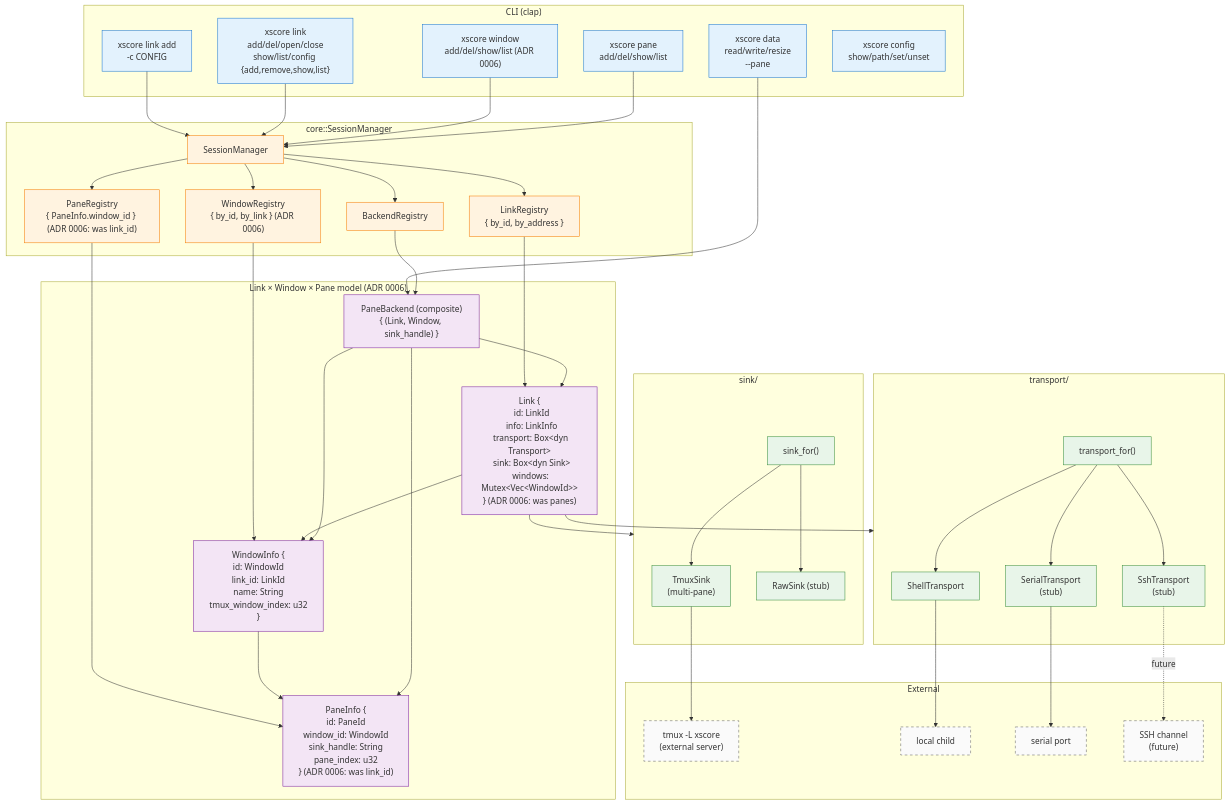
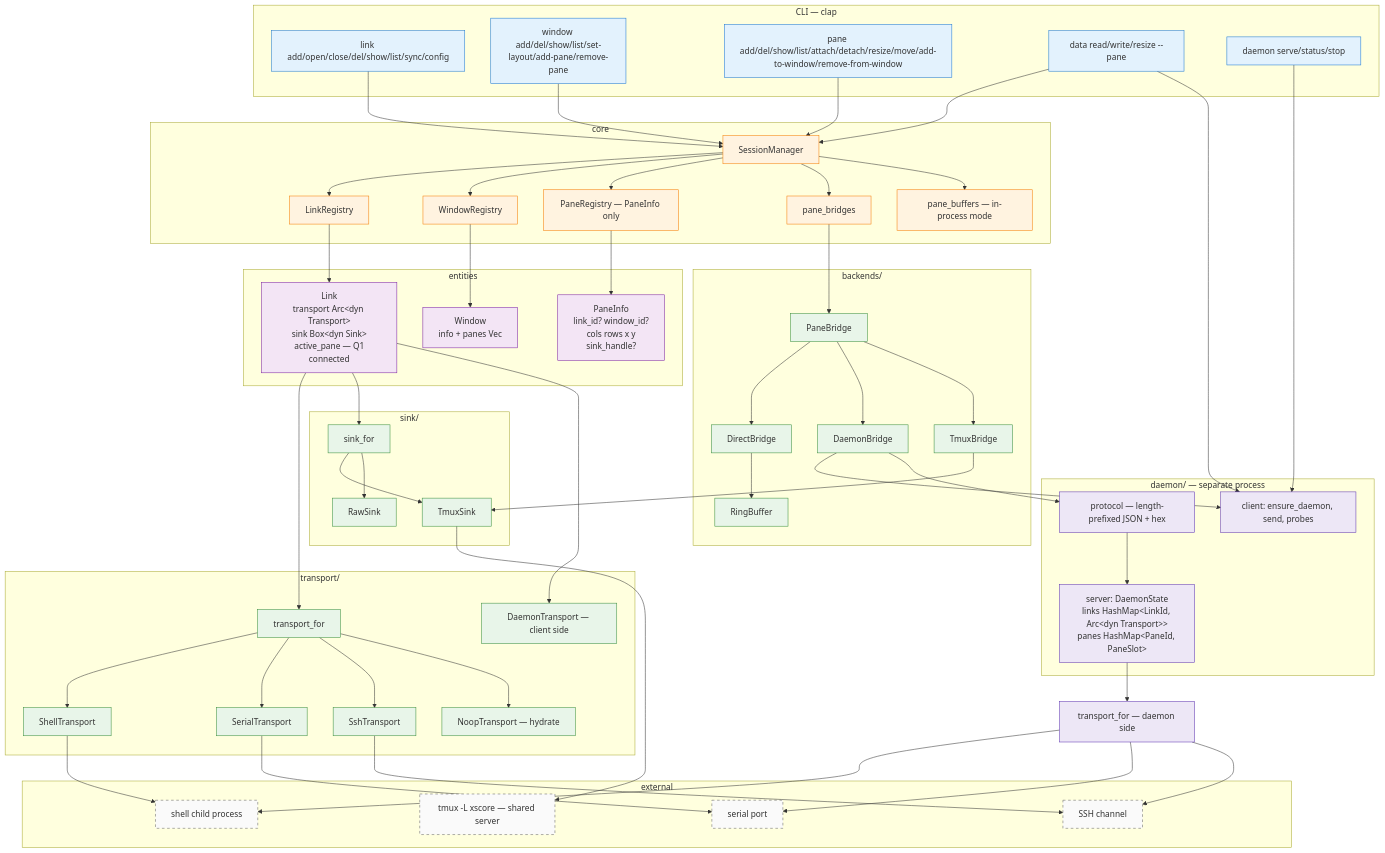
One commit to xiaoshan1234/xscore changed the first of 4 diagrams in doc/dev/arch/arch.md. Above: the diagram before and after it, drawn with Mermaid. The commit also changed other lines of this file, not shown here.

Commit message:
docs: update architecture documentation for clarity and structure

````diff
--- a/doc/dev/arch/arch.md
+++ b/doc/dev/arch/arch.md
@@ -14,90 +123,120 @@
 ```mermaid
 graph TB
-    subgraph CLI ["CLI (clap)"]
-        Connect["xscore link add<br/>-c CONFIG"]
-        LinkCmd["xscore link<br/>add/del/open/close<br/>show/list/config {add,remove,show,list}"]
-        WindowCmd["xscore window<br/>add/del/show/list (ADR 0006)"]
-        PaneCmd["xscore pane<br/>add/del/show/list"]
-        DataCmd["xscore data<br/>read/write/resize<br/>--pane"]
-        ConfigCmd["xscore config<br/>show/path/set/unset"]
+    subgraph CLIP["CLI — clap"]
+        LK["link add/open/close/del/show/list/sync/config"]
+        WN["window add/del/show/list/set-layout/add-pane/remove-pane"]
+        PN["pane add/del/show/list/attach/detach/resize/move/add-to-window/remove-from-window"]
+        DT["data read/write/resize --pane"]
+        DM["daemon serve/status/stop"]
     end
 
-    subgraph Core ["core::SessionManager"]
+    subgraph CORE["core"]
         SM["SessionManager"]
-        LR["LinkRegistry<br/>{ by_id, by_address }"]
-        WR["WindowRegistry<br/>{ by_id, by_link } (ADR 0006)"]
-        PR["PaneRegistry<br/>{ PaneInfo.window_id } (ADR 0006: was link_id)"]
-        BR["BackendRegistry"]
+        LR["LinkRegistry"]
+        WR["WindowRegistry"]
+        PR["PaneRegistry — PaneInfo only"]
+        BR["pane_bridges"]
+        BU["pane_buffers — in-process mode"]
     end
 
-    subgraph LinkModel ["Link × Window × Pane model (ADR 0006)"]
-        Link["Link {<br/>  id: LinkId<br/>  info: LinkInfo<br/>  transport: Box&lt;dyn Transport&gt;<br/>  sink: Box&lt;dyn Sink&gt;<br/>  windows: Mutex&lt;Vec&lt;WindowId&gt;&gt;<br/>} (ADR 0006: was panes)"]
-        Window["WindowInfo {<br/>  id: WindowId<br/>  link_id: LinkId<br/>  name: String<br/>  tmux_window_index: u32<br/>}"]
-        Pane["PaneInfo {<br/>  id: PaneId<br/>  window_id: WindowId<br/>  sink_handle: String<br/>  pane_index: u32<br/>} (ADR 0006: was link_id)"]
-        PB["PaneBackend (composite)<br/>{ (Link, Window, sink_handle) }"]
+    subgraph ENT["entities"]
+        L["Link<br/>transport Arc&lt;dyn Transport&gt;<br/>sink Box&lt;dyn Sink&gt;<br/>active_pane — Q1<br/>connected"]
+        W["Window<br/>info + panes Vec"]
+        P["PaneInfo<br/>link_id? window_id?<br/>cols rows x y<br/>sink_handle?"]
     end
 
-    subgraph TransportLayer ["transport/"]
-        TS["ShellTransport"]
-        TT["SerialTransport<br/>(stub)"]
-        TU["SshTransport<br/>(stub)"]
-        TIF["transport_for()"]
+    subgraph BRIDGES["backends/"]
+        PB["PaneBridge"]
+        DB["DirectBridge"]
+        DAB["DaemonBridge"]
+        TB["TmuxBridge"]
+        RB["RingBuffer"]
     end
 
-    subgraph SinkLayer ["sink/"]
-        ST["TmuxSink<br/>(multi-pane)"]
-        SR["RawSink (stub)"]
-        SIF["sink_for()"]
+    subgraph TR["transport/"]
+        TF["transport_for"]
+        SH["ShellTransport"]
+        SE["SerialTransport"]
+        SS["SshTransport"]
+        ND["NoopTransport — hydrate"]
+        DTR["DaemonTransport — client side"]
     end
 
-    subgraph External ["External"]
-        TMUX["tmux -L xscore<br/>(external server)"]
-        Shell["local child"]
-        Serial["serial port"]
-        SSH["SSH channel<br/>(future)"]
+    subgraph SN["sink/"]
+        SF["sink_for"]
+        TS["TmuxSink"]
+        RS["RawSink"]
     end
 
-    Connect --> SM
-    LinkCmd --> SM
-    WindowCmd --> SM
-    PaneCmd --> SM
-    DataCmd --> PB
+    subgraph DAEMON["daemon/ — separate process"]
+        DPROTO["protocol — length-prefixed JSON + hex"]
+        DSRV["server: DaemonState<br/>links HashMap&lt;LinkId, Arc&lt;dyn Transport&gt;&gt;<br/>panes HashMap&lt;PaneId, PaneSlot&gt;"]
+        DCLI["client: ensure_daemon, send, probes"]
+    end
+
+    subgraph EXT["external"]
+        TM["tmux -L xscore — shared server"]
+        CH["shell child process"]
+        SP["serial port"]
+        SSH["SSH channel"]
+    end
+
+    LK --> SM
+    WN --> SM
+    PN --> SM
+    DT --> SM
+    DM --> DCLI
+    DT --> DCLI
+
     SM --> LR
     SM --> WR
     SM --> PR
     SM --> BR
-    LR --> Link
-    WR --> Window
-    PR --> Pane
+    SM --> BU
+    LR --> L
+    WR --> W
+    PR --> P
+
     BR --> PB
-    Link --> TransportLayer
-    Link --> SinkLayer
-    Link --> Window
-    Window --> Pane
-    PB --> Link
-    PB --> Pane
-    PB --> Window
+    PB --> DB
+    PB --> DAB
+    PB --> TB
+    DB --> RB
+    DAB --> DCLI
+    TB --> TS
 
-    TIF --> TS
-    TIF --> TT
-    TIF --> TU
-    TS --> Shell
-    TT --> Serial
-    TU -.->|future| SSH
+    L --> TF
+    L --> SF
+    L --> DTR
+    TF --> SH
+    TF --> SE
+    TF --> SS
+    TF --> ND
+    SF --> TS
+    SF --> RS
+    TS --> TM
+    SH --> CH
+    SE --> SP
+    SS --> SSH
 
-    SIF --> ST
-    SIF --> SR
-    ST --> TMUX
+    DAB --> DPROTO
+    DPROTO --> DSRV
+    DSRV --> TF2["transport_for — daemon side"]
+    TF2 --> CH
+    TF2 --> SP
+    TF2 --> SSH
 
     classDef cli fill:#e3f2fd,stroke:#1976d2
     classDef core fill:#fff3e0,stroke:#f57c00
     classDef model fill:#f3e5f5,stroke:#7b1fa2
     classDef layer fill:#e8f5e9,stroke:#388e3c
+    classDef daemon fill:#ede7f6,stroke:#5e35b1
     classDef external fill:#fafafa,stroke:#616161,stroke-dasharray: 5 5
 
-    class Connect,LinkCmd,WindowCmd,PaneCmd,DataCmd,ConfigCmd cli
-    class SM,LR,WR,PR,BR core
-    class Link,Window,Pane,PB model
-    class TS,TT,TU,TIF,ST,SR,SIF layer
-    class TMUX,Shell,Serial,SSH external
+    class LK,WN,PN,DT,DM cli
+    class SM,LR,WR,PR,BR,BU core
+    class L,P,W model
+    class PB,DB,DAB,TB,RB,TF,SH,SE,SS,ND,DTR,SF,TS,RS layer
+    class DPROTO,DSRV,DCLI,TF2 daemon
+    class TM,CH,SP,SSH external
 ```
````
